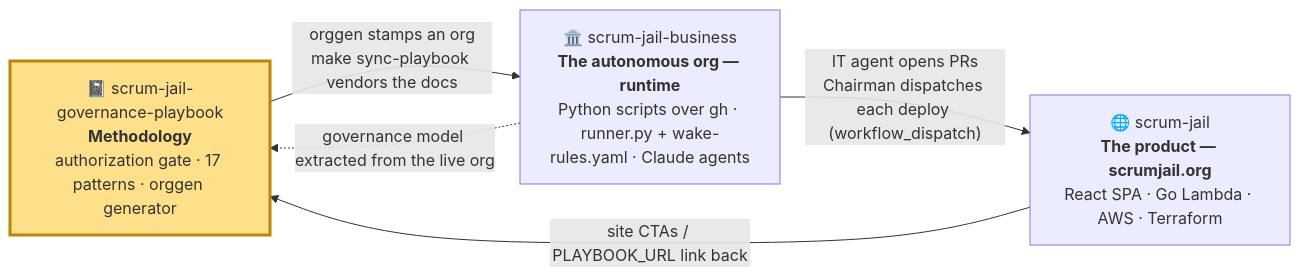
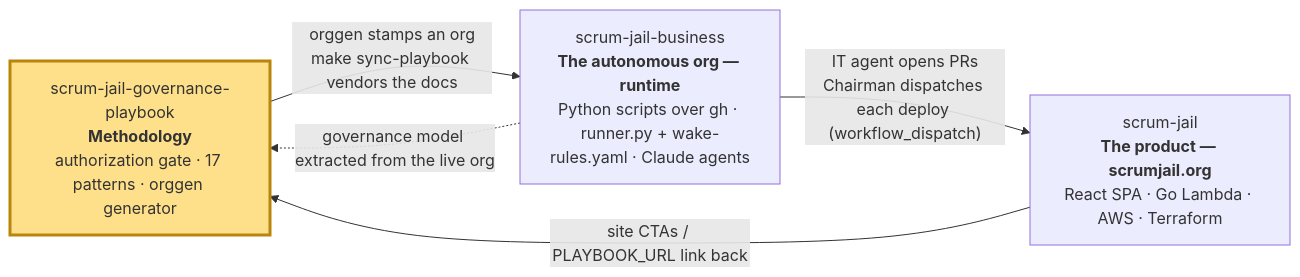
The first of 10 diagrams in docs/ARCHITECTURE.md (johnplantada/scrum-jail-governance-playbook), drawn with Mermaid before and after one commit. The commit also changed other lines of this file and 47 other files, not shown here.

````diff
--- a/docs/ARCHITECTURE.md
+++ b/docs/ARCHITECTURE.md
@@ -24,13 +24,13 @@
 ```mermaid
 flowchart LR
-    GP["📓 scrum-jail-governance-playbook<br/><b>Methodology</b><br/>authorization gate · 17 patterns · orggen generator"]
-    BIZ["🏛️ scrum-jail-business<br/><b>The autonomous org — runtime</b><br/>Python scripts over gh · runner.py + wake-rules.yaml · Claude agents"]
-    PROD["🌐 scrum-jail<br/><b>The product — scrumjail.org</b><br/>React SPA · Go Lambda · AWS · Terraform"]
+    GP["scrum-jail-governance-playbook<br/><b>Methodology</b><br/>authorization gate · 17 patterns · orggen generator"]
+    BIZ["scrum-jail-business<br/><b>The autonomous org — runtime</b><br/>Python scripts over gh · runner.py + wake-rules.yaml · Claude agents"]
+    PROD["scrum-jail<br/><b>The product — scrumjail.org</b><br/>React SPA · Go Lambda · AWS · Terraform"]
 
     GP -->|"orggen stamps an org<br/>make sync-playbook vendors the docs"| BIZ
     BIZ -->|"IT agent opens PRs<br/>Chairman dispatches each deploy (workflow_dispatch)"| PROD
     PROD -->|"site CTAs / PLAYBOOK_URL link back"| GP
     BIZ -.->|"governance model extracted from the live org"| GP
 
     style GP fill:#ffe08a,stroke:#b8860b,stroke-width:3px
 ```
````
